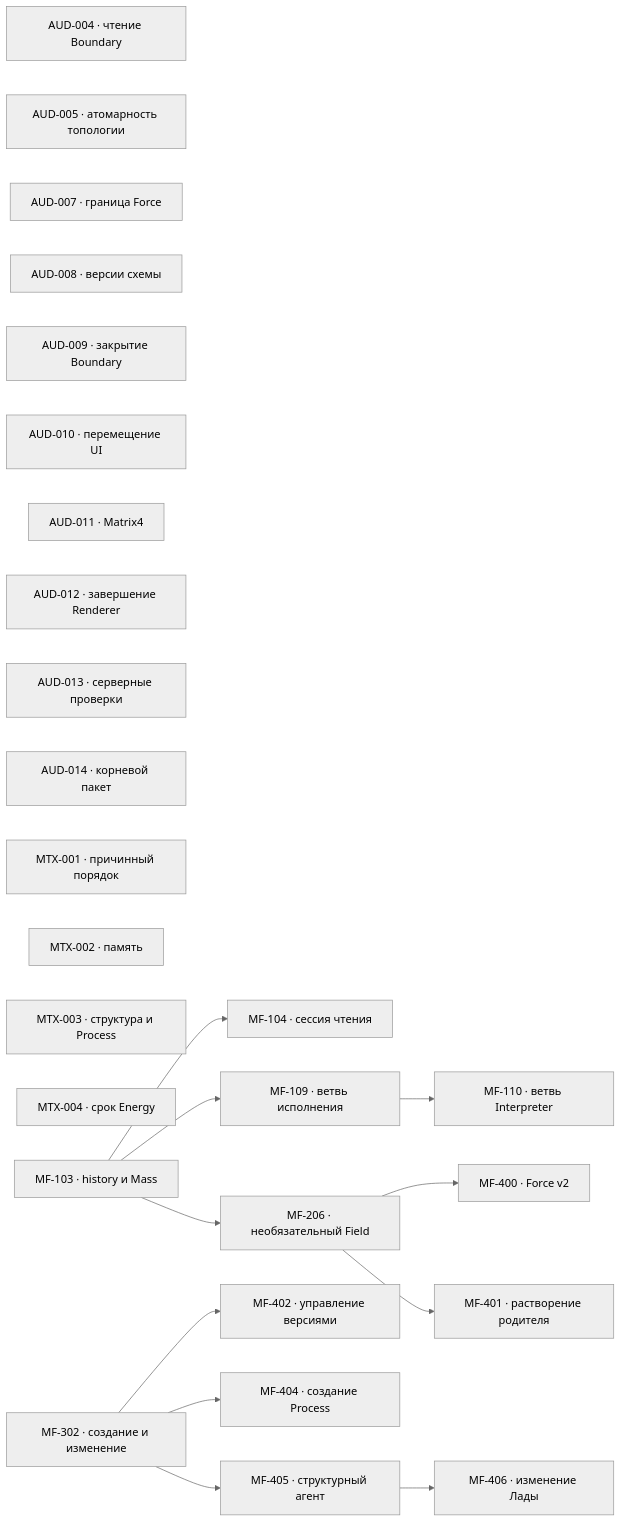
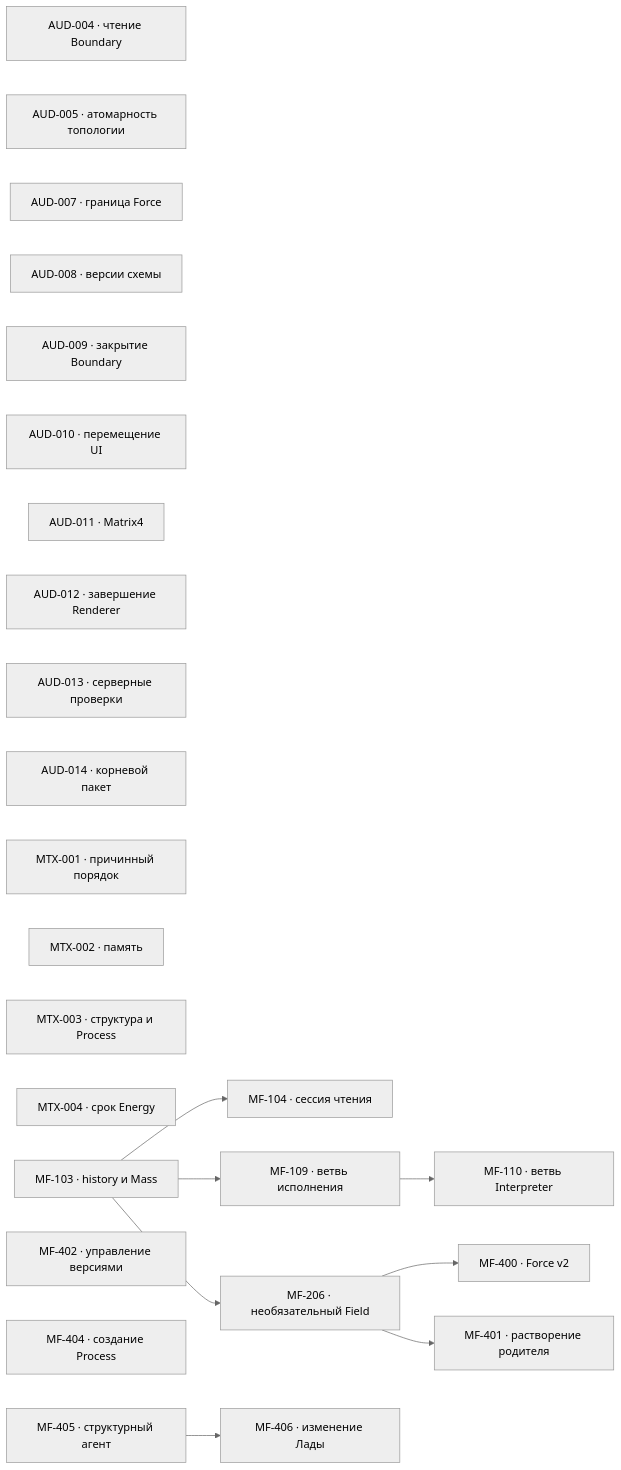
One commit to zavx0z/metafor changed the diagram in project/TODO.md. Above: the diagram before and after it, drawn with Mermaid (neutral theme). The commit also changed other lines of this file and 3 other files, not shown here.

````diff
--- a/project/TODO.md
+++ b/project/TODO.md
@@ -13,40 +13,36 @@
 ```mermaid
 flowchart LR
     AUD004["AUD-004 · чтение Boundary"]
     AUD005["AUD-005 · атомарность топологии"]
     AUD007["AUD-007 · граница Force"]
     AUD008["AUD-008 · версии схемы"]
     AUD009["AUD-009 · закрытие Boundary"]
     AUD010["AUD-010 · перемещение UI"]
     AUD011["AUD-011 · Matrix4"]
     AUD012["AUD-012 · завершение Renderer"]
     AUD013["AUD-013 · серверные проверки"]
     AUD014["AUD-014 · корневой пакет"]
     MTX001["MTX-001 · причинный порядок"]
     MTX002["MTX-002 · память"]
     MTX003["MTX-003 · структура и Process"]
     MTX004["MTX-004 · срок Energy"]
     MF103["MF-103 · history и Mass"]
     MF104["MF-104 · сессия чтения"]
     MF109["MF-109 · ветвь исполнения"]
     MF110["MF-110 · ветвь Interpreter"]
     MF206["MF-206 · необязательный Field"]
-    MF302["MF-302 · создание и изменение"]
     MF400["MF-400 · Force v2"]
     MF401["MF-401 · растворение родителя"]
     MF402["MF-402 · управление версиями"]
     MF404["MF-404 · создание Process"]
     MF405["MF-405 · структурный агент"]
     MF406["MF-406 · изменение Лады"]
 
     MF103 --> MF104
     MF103 --> MF109
     MF109 --> MF110
     MF103 --> MF206
     MF206 --> MF400
     MF206 --> MF401
-    MF302 --> MF402
-    MF302 --> MF404
-    MF302 --> MF405
     MF405 --> MF406
 ```
````
